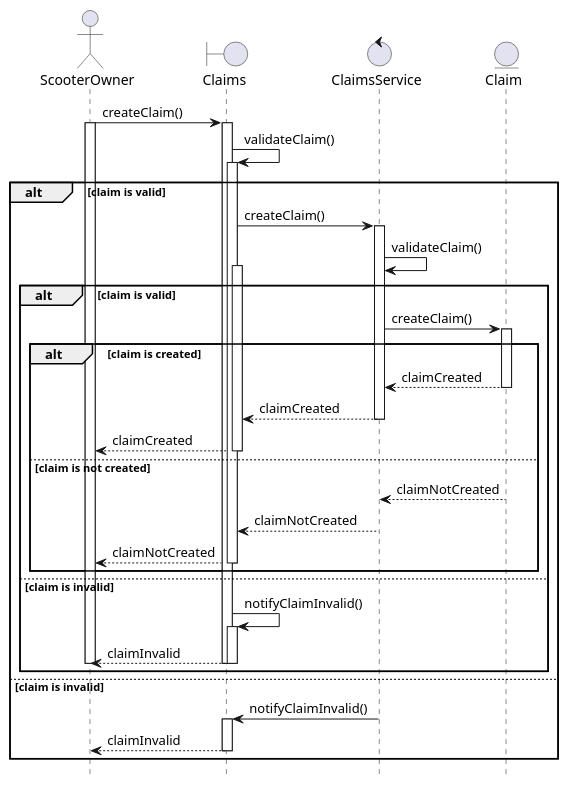
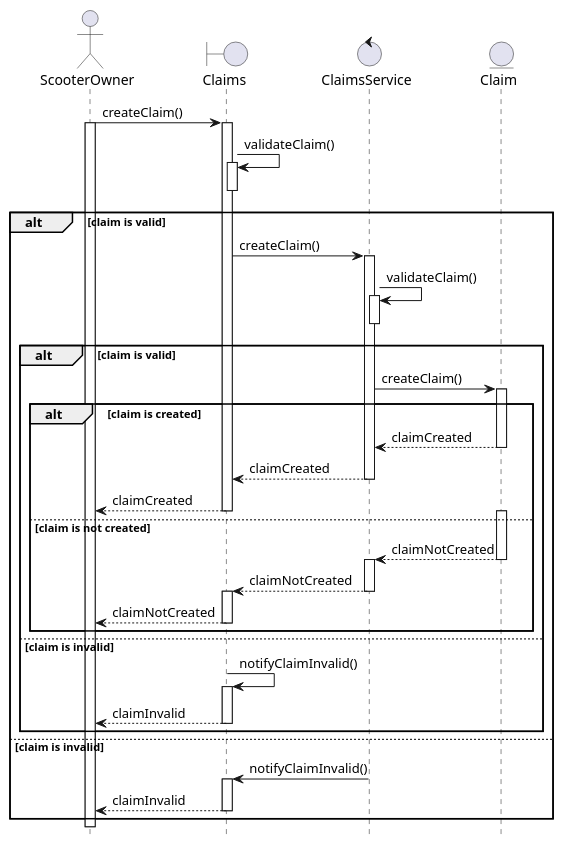
One commit to smurfsDev/pixii-project changed the diagram in rapport/sequence/scooterOwner/create_claim.wsd. Above: the diagram before and after it, drawn with PlantUML. The commit also changed 1 other file, not shown here.

Commit message:
callback sequence diagram

```diff
--- a/rapport/sequence/scooterOwner/create_claim.wsd
+++ b/rapport/sequence/scooterOwner/create_claim.wsd
@@ -1,60 +1,62 @@
 @startuml create_claim
 hide footbox
 actor ScooterOwner as so
 boundary Claims as cl
 control ClaimsService as cs
 entity Claim as c
 
 so -> cl : createClaim()
 activate so
 activate cl
 cl -> cl : validateClaim()
 activate cl
+deactivate cl
 
 alt claim is valid
 cl -> cs : createClaim()
 activate cs
 
 cs -> cs : validateClaim()
-activate cl
+activate cs
+deactivate cs
 alt claim is valid
 cs -> c : createClaim()
 activate c
 alt claim is created
 c --> cs : claimCreated
 deactivate c
 cs --> cl : claimCreated
 deactivate cs
 cl --> so : claimCreated
 deactivate cl
 else claim is not created
+activate c
 c --> cs : claimNotCreated
 deactivate c
+activate cs
 cs --> cl : claimNotCreated
 deactivate cs
+activate cl
 cl --> so : claimNotCreated
 deactivate cl
 end
 
 else claim is invalid
 cl -> cl : notifyClaimInvalid()
 activate cl
 cl --> so : claimInvalid
 deactivate cl
 deactivate cl
-deactivate so
 
 end
 else claim is invalid
 activate cs
 cs -> cl : notifyClaimInvalid()
 activate cl
 cl --> so : claimInvalid
+deactivate cl
 deactivate cs
-deactivate cl
 end
-deactivate cl
-deactivate so
 
 
 @enduml
```
